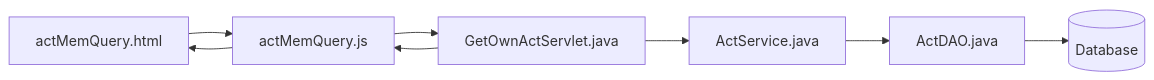
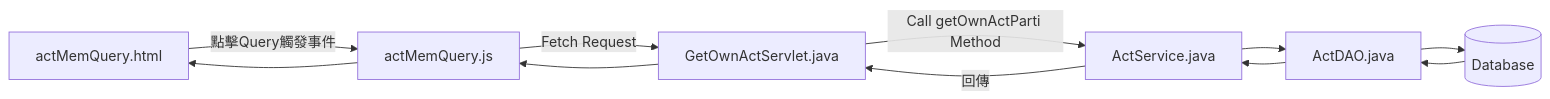
The fifth of 13 diagrams in README.md (TLexYuW/CGA103G1OwnPart), drawn with Mermaid before and after one commit. The commit also changed other lines of this file, not shown here.

Commit message:
LexVaultBackup: 2022-09-11 23:13:53
Affected files:
README.md

````diff
--- a/README.md
+++ b/README.md
@@ -84,7 +84,7 @@
 ```mermaid
 flowchart LR
-	aMQhtml[actMemQuery.html] --> aMQjs[actMemQuery.js] --> GOAS[GetOwnActServlet.java]
-	--> AS[ActService.java] --> AD[ActDAO.java] --> DB[(Database)]
+	aMQhtml[actMemQuery.html] -->|點擊Query觸發事件| aMQjs[actMemQuery.js] -->|Fetch Request| GOAS[GetOwnActServlet.java]
+	-->|Call getOwnActParti Method| AS[ActService.java] --> AD[ActDAO.java] --> DB[(Database)]
 	
-	GOAS --> aMQjs --> aMQhtml
+	DB --> AD --> AS -->|回傳| GOAS --> aMQjs --> aMQhtml
 ```
````
